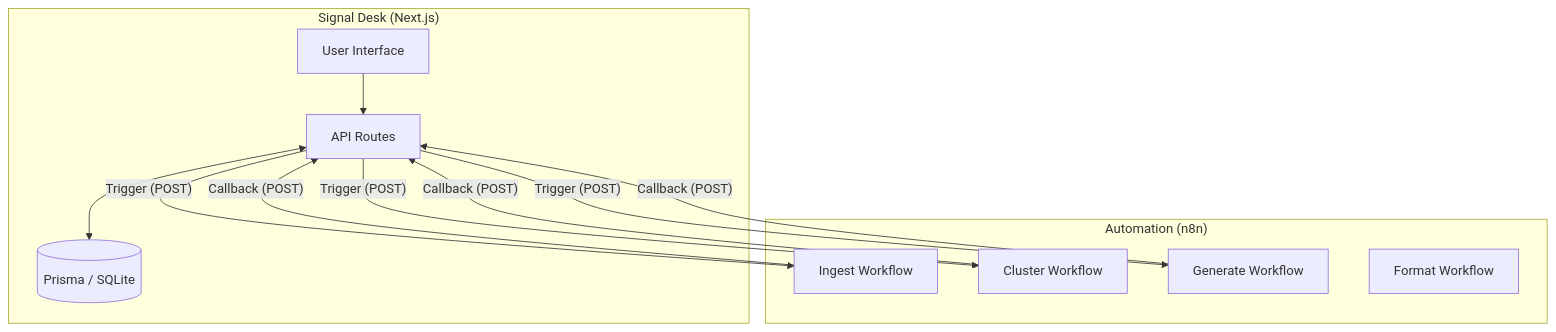
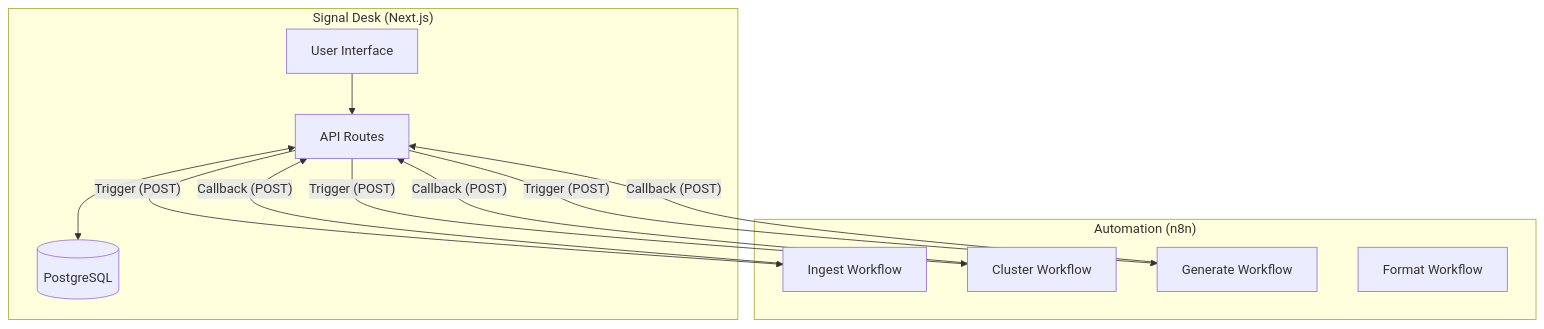
One commit to jihad-liberatelabs/core-perigee changed the diagram in README.md. Above: the diagram before and after it, drawn with Mermaid. The commit also changed other lines of this file and 4 other files, not shown here.

````diff
--- a/README.md
+++ b/README.md
@@ -47,24 +48,24 @@
 ```mermaid
 graph TD
     subgraph "Signal Desk (Next.js)"
         UI[User Interface]
         API[API Routes]
-        DB[(Prisma / SQLite)]
+        DB[(PostgreSQL)]
     end
 
     subgraph "Automation (n8n)"
         IW[Ingest Workflow]
         CW[Cluster Workflow]
         GW[Generate Workflow]
         FW[Format Workflow]
     end
 
     UI --> API
     API <--> DB
     API -- "Trigger (POST)" --> IW
     IW -- "Callback (POST)" --> API
     API -- "Trigger (POST)" --> CW
     CW -- "Callback (POST)" --> API
     API -- "Trigger (POST)" --> GW
     GW -- "Callback (POST)" --> API
 ```
````
